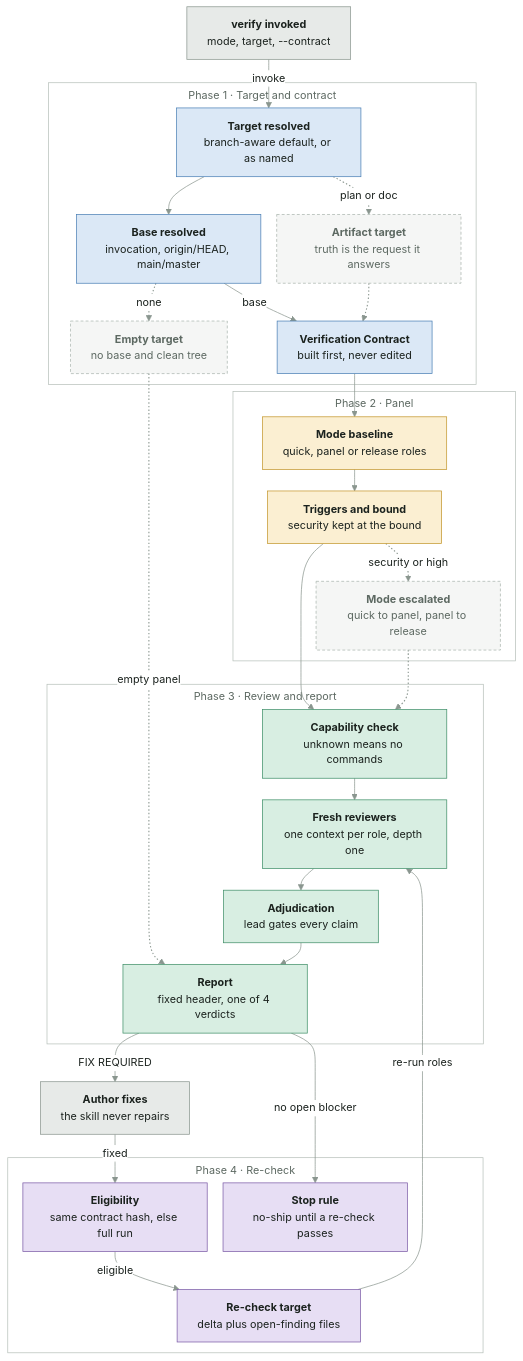
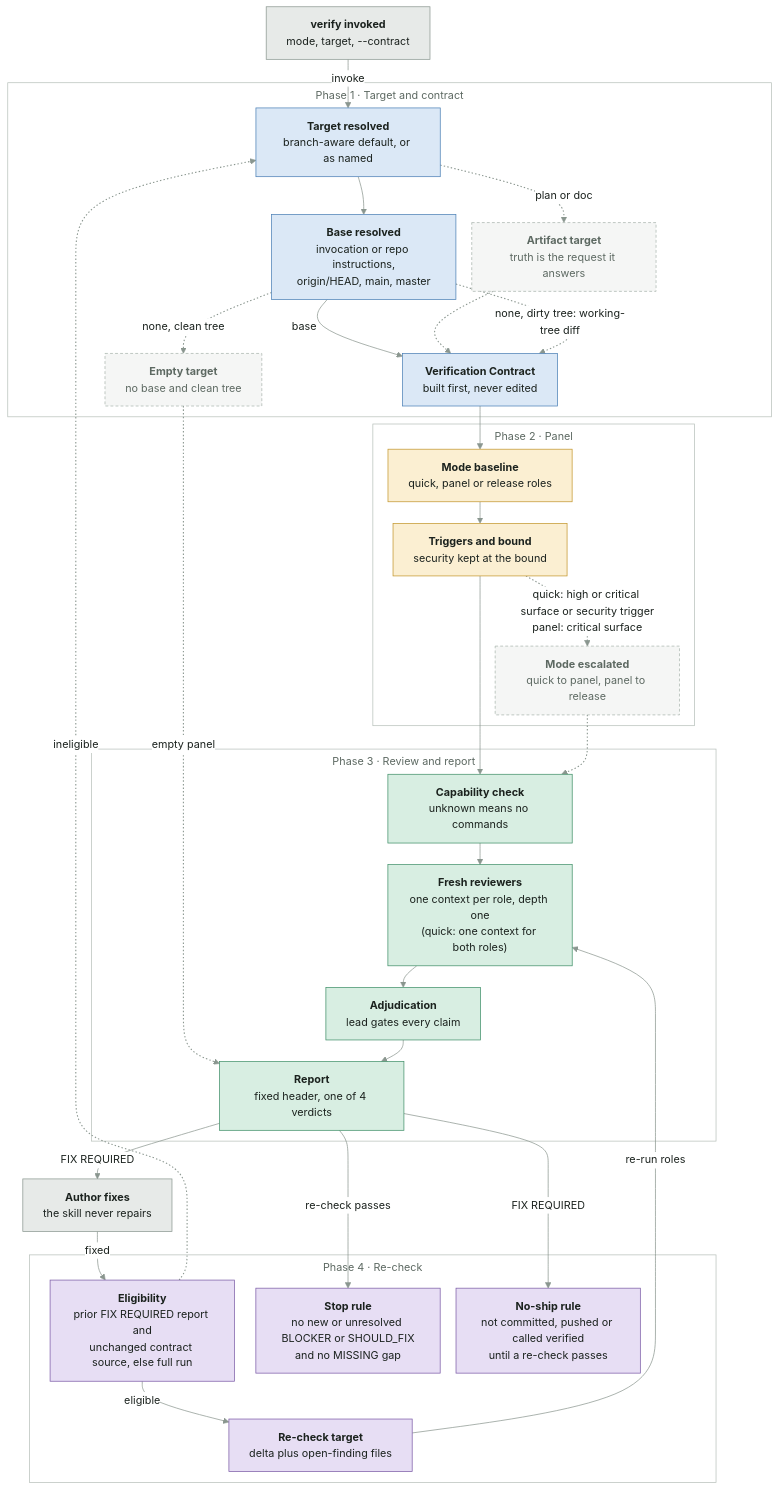
Before and after one commit to Gamebreack/agent-verification: the first of 3 diagrams in flow-map.md, drawn with Mermaid. The commit also changed other lines of this file and 3 other files, not shown here.

First line of the commit message:
release: fix pre-release findings (flow map accuracy, changelog entries, eval docs)

````diff
--- a/flow-map.md
+++ b/flow-map.md
@@ -12,74 +12,80 @@
 ```mermaid
 %%{init: {"theme":"base","themeVariables":{"fontFamily":"system-ui, -apple-system, Segoe UI, sans-serif","fontSize":"15px","primaryTextColor":"#1b221e","lineColor":"#8a968f","clusterBkg":"transparent","clusterBorder":"#b7c0ba","titleColor":"#5d6962","edgeLabelBackground":"#ffffff"},"flowchart":{"curve":"basis","nodeSpacing":22,"rankSpacing":30,"padding":14,"htmlLabels":true,"subGraphTitleMargin":{"top":6,"bottom":14}}}}%%
 flowchart TD
     A["<b>verify invoked</b><br/>mode, target, --contract"]
     Z["<b>Author fixes</b><br/>the skill never repairs"]
 
     subgraph F1["Phase 1 · Target and contract"]
         B["<b>Target resolved</b><br/>branch-aware default, or as named"]
-        B2["<b>Base resolved</b><br/>invocation, origin/HEAD, main/master"]
+        B2["<b>Base resolved</b><br/>invocation or repo instructions,<br/>origin/HEAD, main, master"]
         B3["<b>Artifact target</b><br/>truth is the request it answers"]
         E["<b>Empty target</b><br/>no base and clean tree"]
         C["<b>Verification Contract</b><br/>built first, never edited"]
     end
 
     subgraph F2["Phase 2 · Panel"]
         D["<b>Mode baseline</b><br/>quick, panel or release roles"]
         D2["<b>Triggers and bound</b><br/>security kept at the bound"]
         D3["<b>Mode escalated</b><br/>quick to panel, panel to release"]
     end
 
     subgraph F3["Phase 3 · Review and report"]
         F["<b>Capability check</b><br/>unknown means no commands"]
-        G["<b>Fresh reviewers</b><br/>one context per role, depth one"]
+        G["<b>Fresh reviewers</b><br/>one context per role, depth one<br/>(quick: one context for both roles)"]
         H["<b>Adjudication</b><br/>lead gates every claim"]
         I["<b>Report</b><br/>fixed header, one of 4 verdicts"]
     end
 
     subgraph F4["Phase 4 · Re-check"]
-        R1["<b>Eligibility</b><br/>same contract hash, else full run"]
+        R1["<b>Eligibility</b><br/>prior FIX REQUIRED report and<br/>unchanged contract source, else full run"]
         R2["<b>Re-check target</b><br/>delta plus open-finding files"]
-        R3["<b>Stop rule</b><br/>no-ship until a re-check passes"]
+        R3["<b>Stop rule</b><br/>no new or unresolved BLOCKER or SHOULD_FIX<br/>and no MISSING gap"]
+        R4["<b>No-ship rule</b><br/>not committed, pushed or called verified<br/>until a re-check passes"]
     end
 
     A -->|"invoke"| B
     B --> B2
     B2 -->|"base"| C
     %% 3: optional
     B -.->|"plan or doc"| B3
     %% 4: optional
     B3 -.-> C
     %% 5: optional
-    B2 -.->|"none"| E
+    B2 -.->|"none, clean tree"| E
     %% 6: optional
     E -.->|"empty panel"| I
+    %% 7: optional
+    B2 -.->|"none, dirty tree: working-tree diff"| C
     C --> D
     D --> D2
     D2 --> F
-    %% 10: optional
-    D2 -.->|"security or high"| D3
-    %% 11: optional
+    %% optional
+    D2 -.->|"quick: high or critical surface or security trigger<br/>panel: critical surface"| D3
+    %% optional
     D3 -.-> F
     F --> G
     G --> H
     H --> I
     I -->|"FIX REQUIRED"| Z
     Z -->|"fixed"| R1
     R1 -->|"eligible"| R2
     R2 -->|"re-run roles"| G
-    I -->|"no open blocker"| R3
+    %% optional
+    R1 -.->|"ineligible"| B
+    I -->|"re-check passes"| R3
+    I -->|"FIX REQUIRED"| R4
 
     classDef ext fill:#e7eae8,stroke:#8a968f,color:#1b221e
     classDef p1 fill:#dbe8f6,stroke:#4a7fb5,color:#1b221e
     classDef p2 fill:#fbefd2,stroke:#c3962c,color:#1b221e
     classDef p3 fill:#d8eee2,stroke:#3f8f68,color:#1b221e
     classDef p4 fill:#e7def4,stroke:#7a5aa6,color:#1b221e
     classDef side fill:#f5f6f5,stroke:#a9b4ad,color:#5d6962,stroke-dasharray:4 3
     class A,Z ext
     class B,B2,C p1
     class D,D2 p2
     class F,G,H,I p3
-    class R1,R2,R3 p4
+    class R1,R2,R3,R4 p4
     class B3,E,D3 side
-    linkStyle 3,4,5,6,10,11 stroke:#8a968f,stroke-width:1.5px,stroke-dasharray:2 3
+    linkStyle 3,4,5,6,7,11,12,20 stroke:#8a968f,stroke-width:1.5px,stroke-dasharray:2 3
 ```
````
